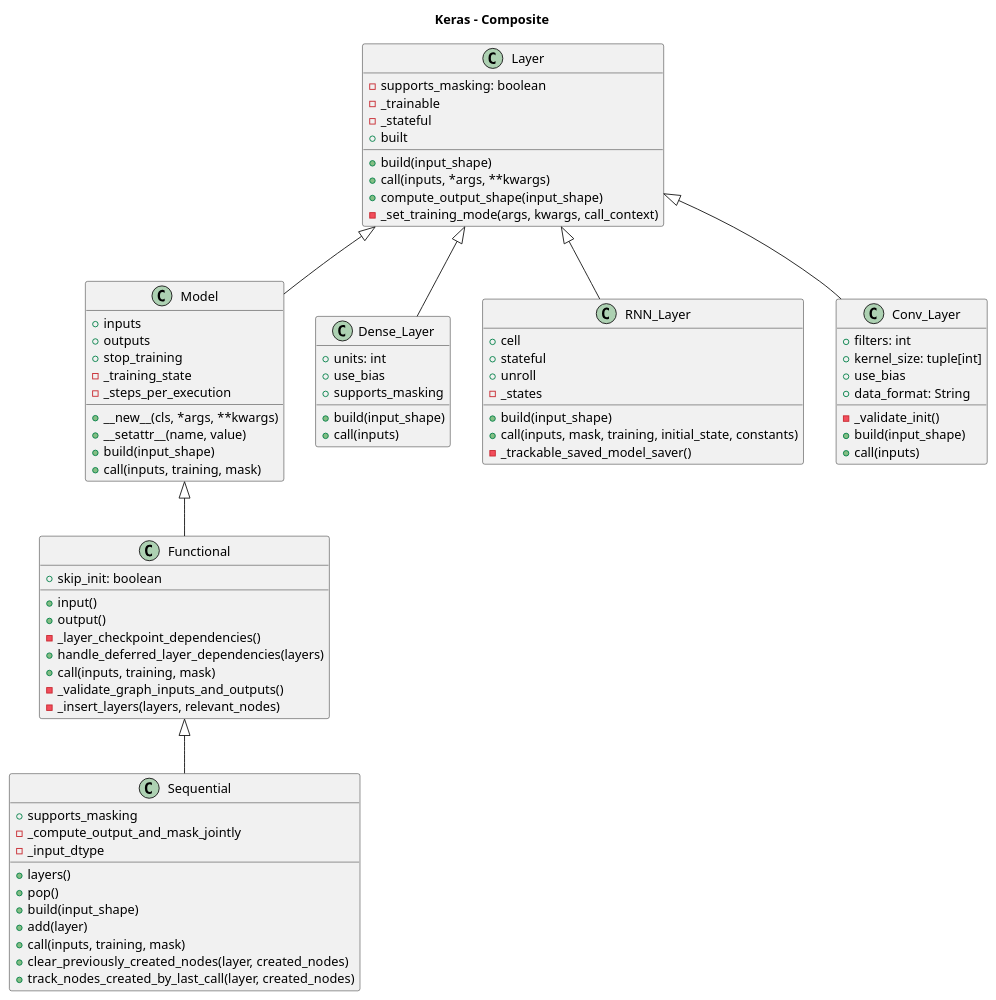
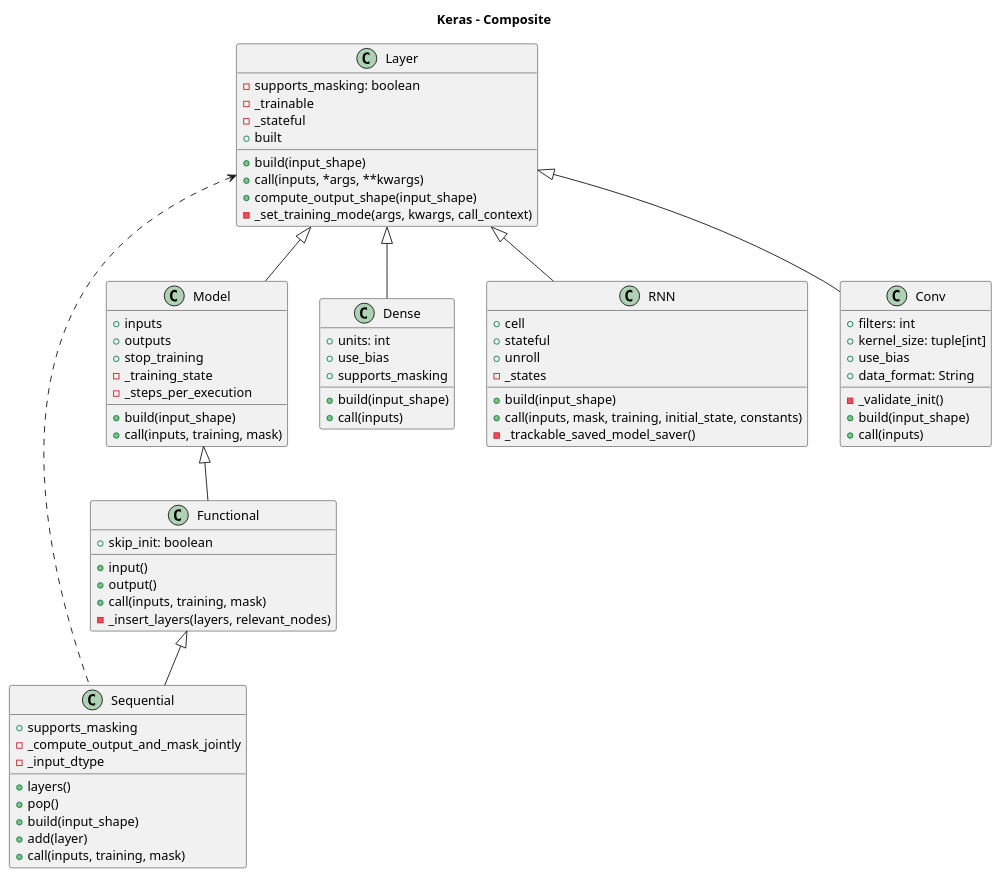
The diagram in uml_diagram/src/keras_Composite.puml (pholpaphankorn/keras_softarch_assignment), drawn with PlantUML before and after one commit. The commit also changed 2 other files, not shown here.

Commit message:
add diagram png

```diff
--- a/uml_diagram/src/keras_Composite.puml
+++ b/uml_diagram/src/keras_Composite.puml
@@ -1,85 +1,78 @@
 @startuml
 
 title Keras - Composite
 
 class Layer {
     +build(input_shape)
     +call(inputs, *args, **kwargs)
     +compute_output_shape(input_shape)
     -_set_training_mode(args, kwargs, call_context)
     -supports_masking: boolean
     -_trainable
     -_stateful
     +built
 } 
 
 class Model extends Layer{
-    +__new__(cls, *args, **kwargs)
-    +__setattr__(name, value)
     +build(input_shape)
     +call(inputs, training, mask)
     +inputs
     +outputs
     +stop_training
     -_training_state
     -_steps_per_execution
 }
 
-class Dense_Layer extends Layer {
+class Dense extends Layer {
     +build(input_shape)
     +call(inputs)
     +units: int
     +use_bias
     +supports_masking
 }
 
-class RNN_Layer extends Layer {
+class RNN extends Layer {
     +build(input_shape)
     +call(inputs, mask, training, initial_state, constants)
     -_trackable_saved_model_saver()
     +cell
     +stateful
     +unroll
     -_states
 }
 
-class Conv_Layer extends Layer {
+class Conv extends Layer {
     -_validate_init()
     +build(input_shape)
     +call(inputs)
     +filters: int
     +kernel_size: tuple[int]
     +use_bias
     +data_format: String
 }
 
 class Functional extends Model {
     +input()
     +output()
-    -_layer_checkpoint_dependencies()
-    +handle_deferred_layer_dependencies(layers)
     +call(inputs, training, mask)
-    -_validate_graph_inputs_and_outputs()
     -_insert_layers(layers, relevant_nodes)
     +skip_init: boolean
 }
 
 class Sequential extends Functional {
     +layers()
     +pop()
     +build(input_shape)
     +add(layer)
     +call(inputs, training, mask)
-    +clear_previously_created_nodes(layer, created_nodes)
-    +track_nodes_created_by_last_call(layer, created_nodes)
     +supports_masking
     -_compute_output_and_mask_jointly
     -_input_dtype
 }
 
-
+Sequential .left.> Layer
 
 
 
 
 @enduml
```
